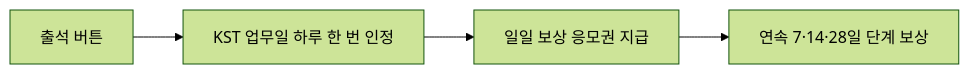
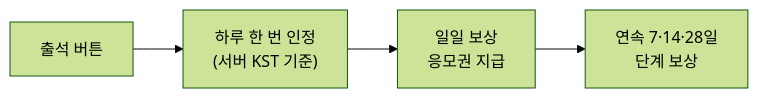
The seventh of 13 diagrams in README.md (GETDDO/getddo-be), drawn with Mermaid (forest theme) before and after one commit. The commit also changed other lines of this file, not shown here.

````diff
--- a/README.md
+++ b/README.md
@@ -393,6 +393,6 @@
 ```mermaid
 flowchart LR
-    Press["출석 버튼"] --> Day["KST 업무일 하루 한 번 인정"]
-    Day --> Daily["일일 보상 응모권 지급"]
-    Daily --> Streak["연속 7·14·28일 단계 보상"]
+    Press["출석 버튼"] --> Day["하루 한 번 인정<br/>(서버 KST 기준)"]
+    Day --> Daily["일일 보상<br/>응모권 지급"]
+    Daily --> Streak["연속 7·14·28일<br/>단계 보상"]
 ```
````
